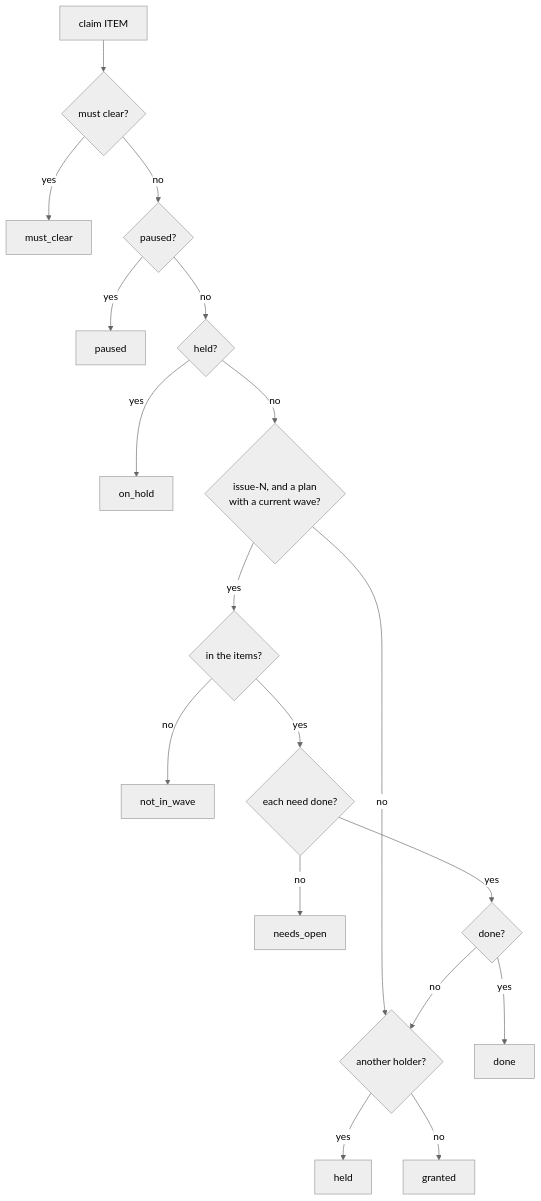
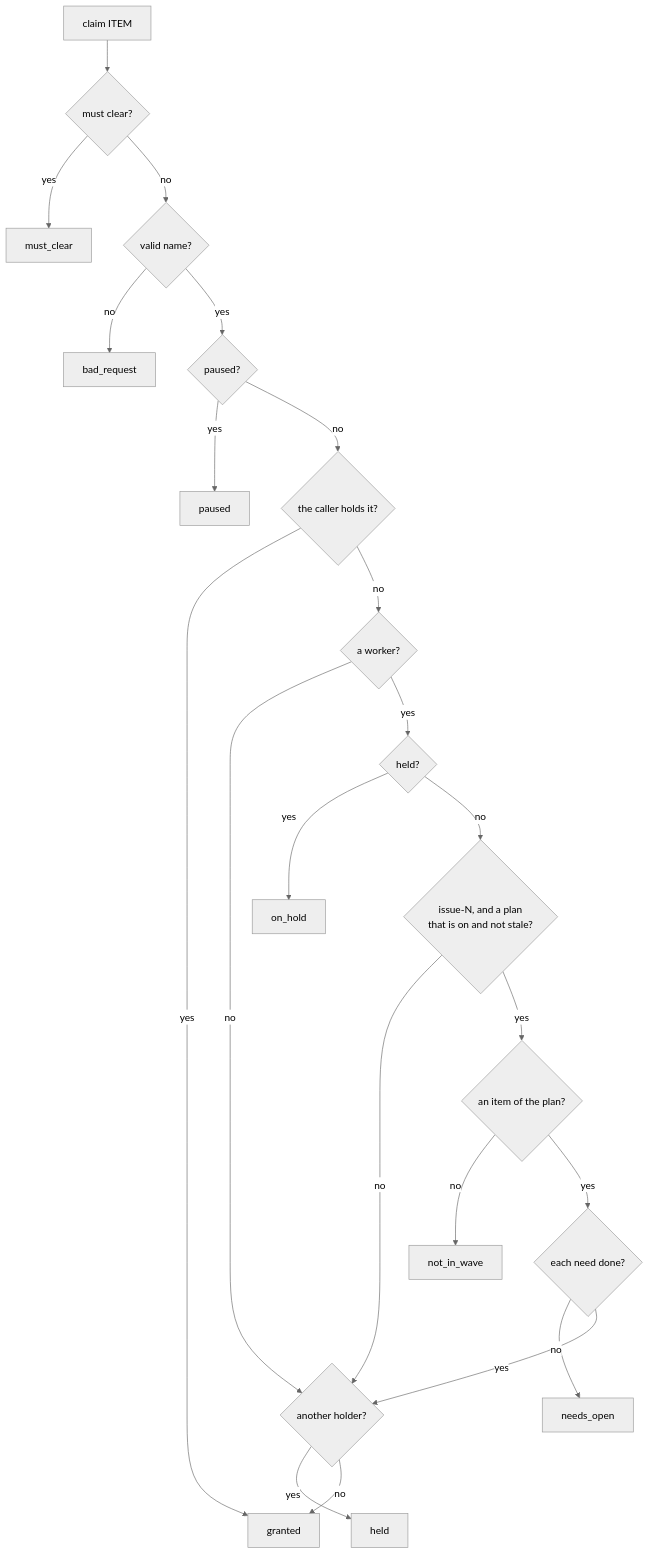
Before and after one commit to como-technologies/riff: the third of 3 diagrams in docs/src/design-plan.md, drawn with Mermaid (neutral theme). The commit also changed other lines of this file and 2 other files, not shown here.

Commit message:
WIP: the design of the plan after the two reviews

````diff
--- a/docs/src/design-plan.md
+++ b/docs/src/design-plan.md
@@ -202,20 +272,24 @@
 ```mermaid
 flowchart TD
     C[claim ITEM] --> M{must clear?}
-    M -->|yes| R1[must_clear]
-    M -->|no| P{paused?}
-    P -->|yes| R2[paused]
-    P -->|no| H{held?}
-    H -->|yes| R3[on_hold]
-    H -->|no| I{"issue-N, and a plan<br/>with a current wave?"}
+    M -->|yes| X1[must_clear]
+    M -->|no| B{valid name?}
+    B -->|no| X2[bad_request]
+    B -->|yes| P{paused?}
+    P -->|yes| X3[paused]
+    P -->|no| S{the caller holds it?}
+    S -->|yes| G
+    S -->|no| WK{a worker?}
+    WK -->|no| O
+    WK -->|yes| H{held?}
+    H -->|yes| X4[on_hold]
+    H -->|no| I{"issue-N, and a plan<br/>that is on and not stale?"}
     I -->|no| O
-    I -->|yes| W{in the items?}
-    W -->|no| R4[not_in_wave]
+    I -->|yes| W{an item of the plan?}
+    W -->|no| X5[not_in_wave]
     W -->|yes| N{each need done?}
-    N -->|no| R5[needs_open]
-    N -->|yes| D{done?}
-    D -->|yes| R6[done]
-    D -->|no| O{another holder?}
-    O -->|yes| R7[held]
+    N -->|no| X6[needs_open]
+    N -->|yes| O{another holder?}
+    O -->|yes| X7[held]
     O -->|no| G[granted]
 ```
````
